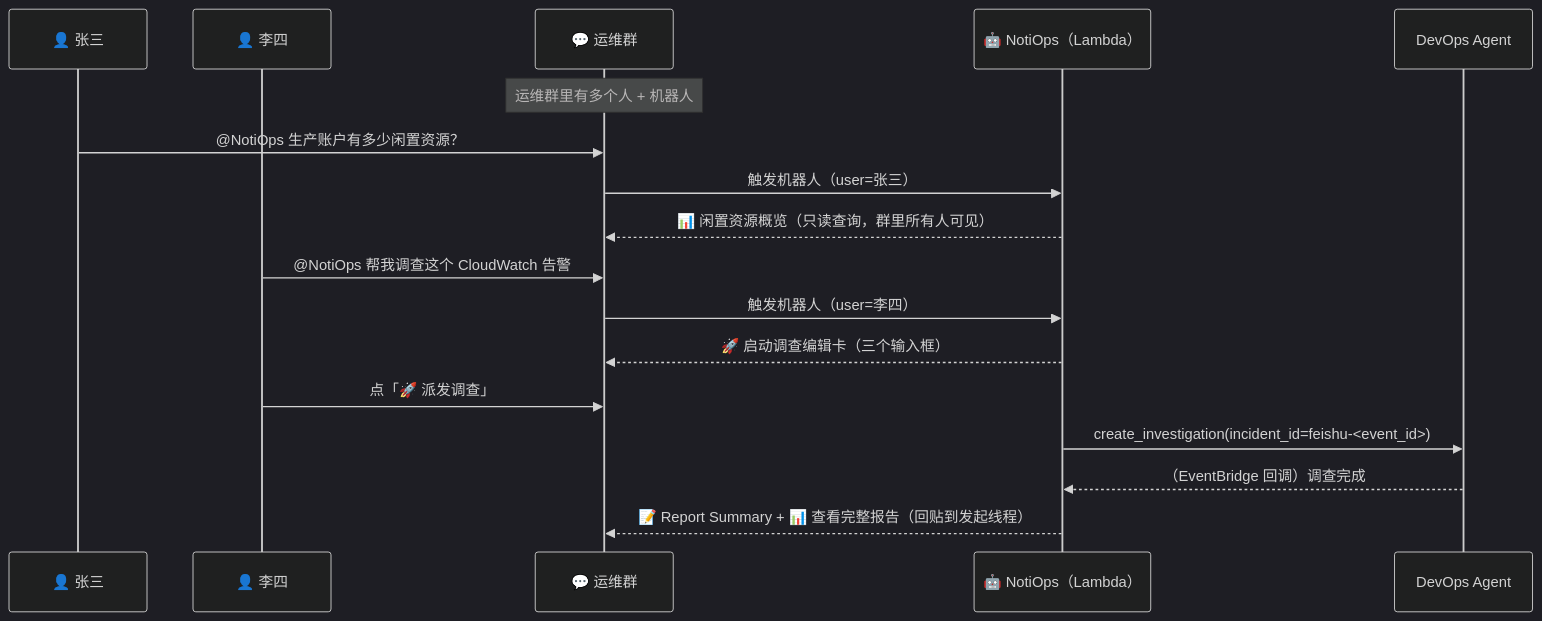
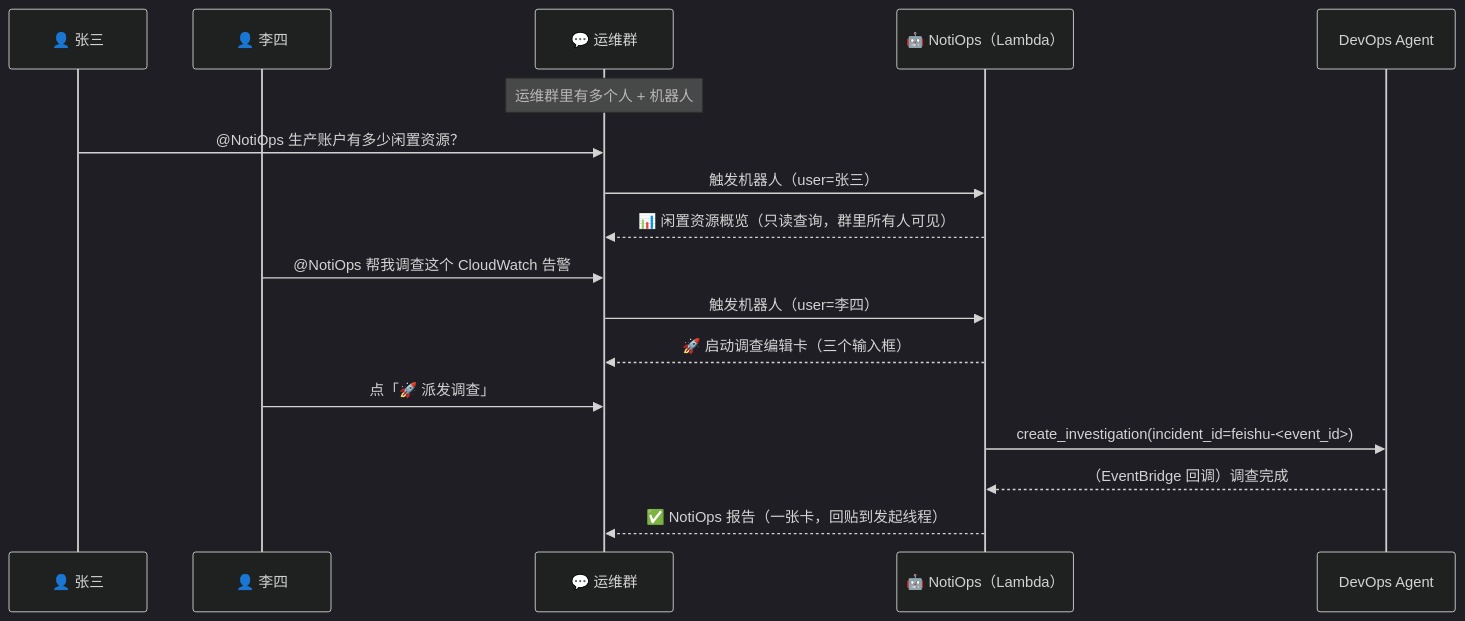
The third of 6 diagrams in docs/im-bot-interaction.md (aws-samples/sample-notiops), drawn with Mermaid (dark theme) before and after one commit. The commit also changed other lines of this file and 33 other files, not shown here.

First line of the commit message:
release: NotiOps v1.0.22

````diff
--- a/docs/im-bot-interaction.md
+++ b/docs/im-bot-interaction.md
@@ -80,21 +80,21 @@
 ```mermaid
 sequenceDiagram
     participant User1 as 👤 张三
     participant User2 as 👤 李四
     participant Group as 💬 运维群
     participant Bot as 🤖 NotiOps（Lambda）
     participant Agent as DevOps Agent
 
     Note over Group: 运维群里有多个人 + 机器人
     User1->>Group: @NotiOps 生产账户有多少闲置资源？
     Group->>Bot: 触发机器人（user=张三）
     Bot-->>Group: 📊 闲置资源概览（只读查询，群里所有人可见）
 
     User2->>Group: @NotiOps 帮我调查这个 CloudWatch 告警
     Group->>Bot: 触发机器人（user=李四）
     Bot-->>Group: 🚀 启动调查编辑卡（三个输入框）
     User2->>Group: 点「🚀 派发调查」
     Bot->>Agent: create_investigation(incident_id=feishu-<event_id>)
     Agent-->>Bot: （EventBridge 回调）调查完成
-    Bot-->>Group: 📝 Report Summary + 📊 查看完整报告（回贴到发起线程）
+    Bot-->>Group: ✅ NotiOps 报告（一张卡，回贴到发起线程）
 ```
````
